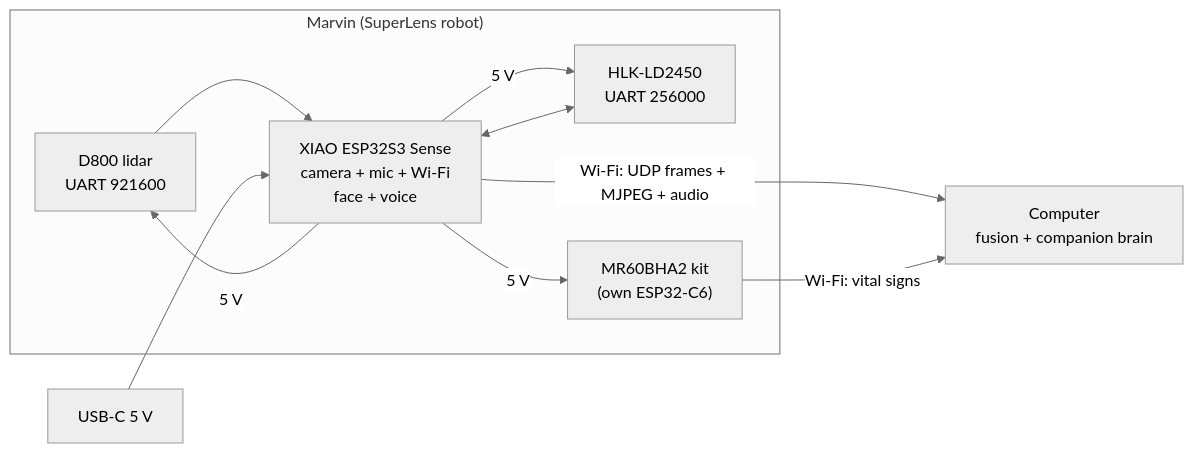
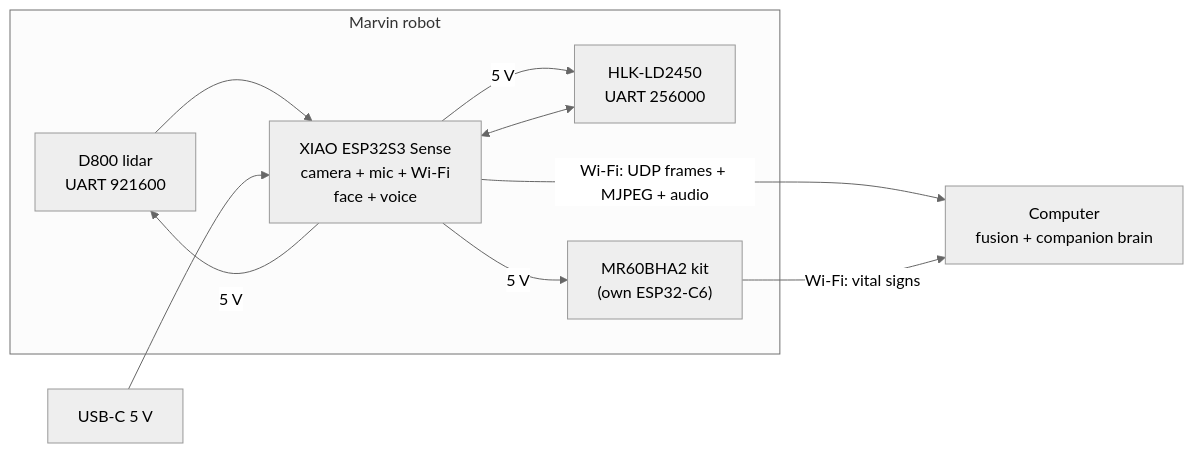
One commit to SebastienTr/Marvin changed the diagram in README.md. Above: the diagram before and after it, drawn with Mermaid (neutral theme). The commit also changed other lines of this file and 11 other files, not shown here.

Commit message:
Rename the project from SuperLens to Marvin

````diff
--- a/README.md
+++ b/README.md
@@ -63,12 +63,12 @@
 ```mermaid
 flowchart LR
-  subgraph Robot["Marvin (SuperLens robot)"]
+  subgraph Robot["Marvin robot"]
     LID["D800 lidar<br/>UART 921600"] --> ESP["XIAO ESP32S3 Sense<br/>camera + mic + Wi-Fi<br/>face + voice"]
     LD2450["HLK-LD2450<br/>UART 256000"] <--> ESP
     MR60["MR60BHA2 kit<br/>(own ESP32-C6)"]
   end
   PWR["USB-C 5 V"] --> ESP
   ESP -->|5 V| LID & LD2450 & MR60
   ESP -->|"Wi-Fi: UDP frames + MJPEG + audio"| PC["Computer<br/>fusion + companion brain"]
   MR60 -->|"Wi-Fi: vital signs"| PC
 ```
````
